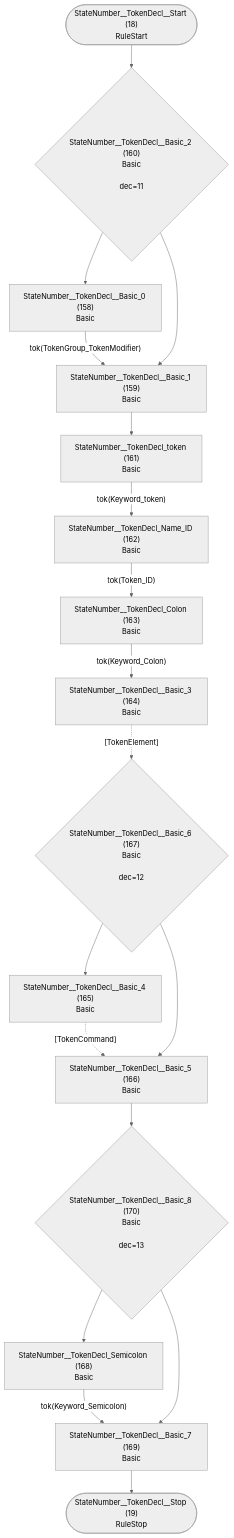
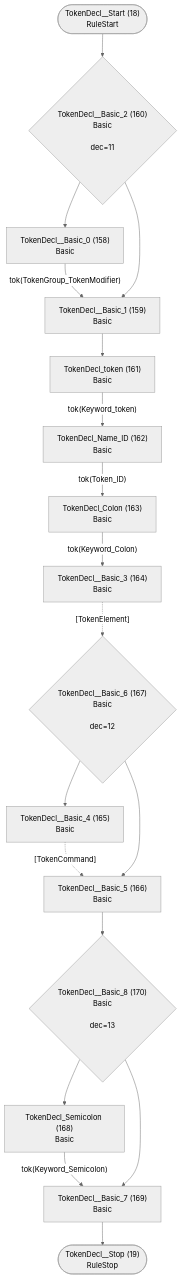
Before and after one commit to TypeFox/fastbelt: the tenth of 37 diagrams in internal/grammar/atn.md, drawn with Mermaid (neutral theme). The commit also changed other lines of this file and 26 other files, not shown here.

````diff
--- a/internal/grammar/atn.md
+++ b/internal/grammar/atn.md
@@ -281,36 +281,36 @@
 ```mermaid
 flowchart TD
-    q18(["StateNumber__TokenDecl__Start (18)<br/>RuleStart"])
-    q19(["StateNumber__TokenDecl__Stop (19)<br/>RuleStop"])
-    q158["StateNumber__TokenDecl__Basic_0 (158)<br/>Basic<br/>"]
-    q159["StateNumber__TokenDecl__Basic_1 (159)<br/>Basic<br/>"]
-    q160{"StateNumber__TokenDecl__Basic_2 (160)<br/>Basic<br/><br/>dec=11"}
-    q161["StateNumber__TokenDecl_token (161)<br/>Basic<br/>"]
-    q162["StateNumber__TokenDecl_Name_ID (162)<br/>Basic<br/>"]
-    q163["StateNumber__TokenDecl_Colon (163)<br/>Basic<br/>"]
-    q164["StateNumber__TokenDecl__Basic_3 (164)<br/>Basic<br/>"]
-    q165["StateNumber__TokenDecl__Basic_4 (165)<br/>Basic<br/>"]
-    q166["StateNumber__TokenDecl__Basic_5 (166)<br/>Basic<br/>"]
-    q167{"StateNumber__TokenDecl__Basic_6 (167)<br/>Basic<br/><br/>dec=12"}
-    q168["StateNumber__TokenDecl_Semicolon (168)<br/>Basic<br/>"]
-    q169["StateNumber__TokenDecl__Basic_7 (169)<br/>Basic<br/>"]
-    q170{"StateNumber__TokenDecl__Basic_8 (170)<br/>Basic<br/><br/>dec=13"}
+    q18(["TokenDecl__Start (18)<br/>RuleStart"])
+    q19(["TokenDecl__Stop (19)<br/>RuleStop"])
+    q158["TokenDecl__Basic_0 (158)<br/>Basic<br/>"]
+    q159["TokenDecl__Basic_1 (159)<br/>Basic<br/>"]
+    q160{"TokenDecl__Basic_2 (160)<br/>Basic<br/><br/>dec=11"}
+    q161["TokenDecl_token (161)<br/>Basic<br/>"]
+    q162["TokenDecl_Name_ID (162)<br/>Basic<br/>"]
+    q163["TokenDecl_Colon (163)<br/>Basic<br/>"]
+    q164["TokenDecl__Basic_3 (164)<br/>Basic<br/>"]
+    q165["TokenDecl__Basic_4 (165)<br/>Basic<br/>"]
+    q166["TokenDecl__Basic_5 (166)<br/>Basic<br/>"]
+    q167{"TokenDecl__Basic_6 (167)<br/>Basic<br/><br/>dec=12"}
+    q168["TokenDecl_Semicolon (168)<br/>Basic<br/>"]
+    q169["TokenDecl__Basic_7 (169)<br/>Basic<br/>"]
+    q170{"TokenDecl__Basic_8 (170)<br/>Basic<br/><br/>dec=13"}
 
     q18 --> q160
     q158 -->|"tok(TokenGroup_TokenModifier)"| q159
     q159 --> q161
     q160 --> q158
     q160 --> q159
     q161 -->|"tok(Keyword_token)"| q162
     q162 -->|"tok(Token_ID)"| q163
     q163 -->|"tok(Keyword_Colon)"| q164
     q164 -.->|"[TokenElement]"| q167
     q165 -.->|"[TokenCommand]"| q166
     q166 --> q170
     q167 --> q165
     q167 --> q166
     q168 -->|"tok(Keyword_Semicolon)"| q169
     q169 --> q19
     q170 --> q168
     q170 --> q169
 ```
````
